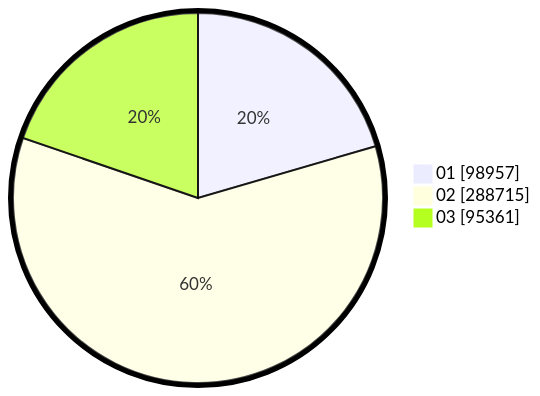
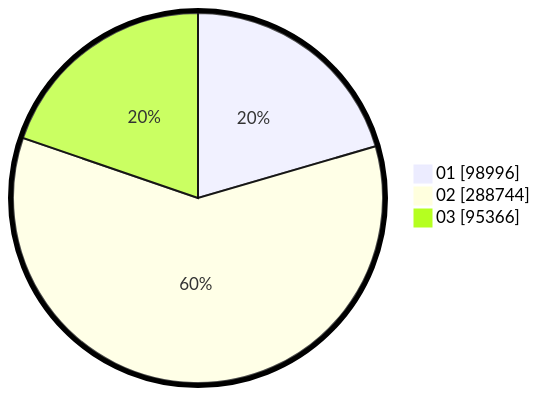
One commit to gigit-pemilu/pemilu-2024 changed the second of 2 diagrams in pilpres/hitung-suara/sub/table-wilayah-99.md. Above: the diagram before and after it, drawn with Mermaid. The commit also changed other lines of this file and 10 other files, not shown here.

````diff
--- a/pilpres/hitung-suara/sub/table-wilayah-99.md
+++ b/pilpres/hitung-suara/sub/table-wilayah-99.md
@@ -15,7 +15,7 @@
 ```mermaid
 %%{init: {"pie": {"textPosition": 0.5}, "themeVariables": {"pieOuterStrokeWidth": "5px"}} }%%
 pie showData
-    "01" : 98957
-    "02" : 288715
-    "03" : 95361
+    "01" : 98996
+    "02" : 288744
+    "03" : 95366
 ```
````
